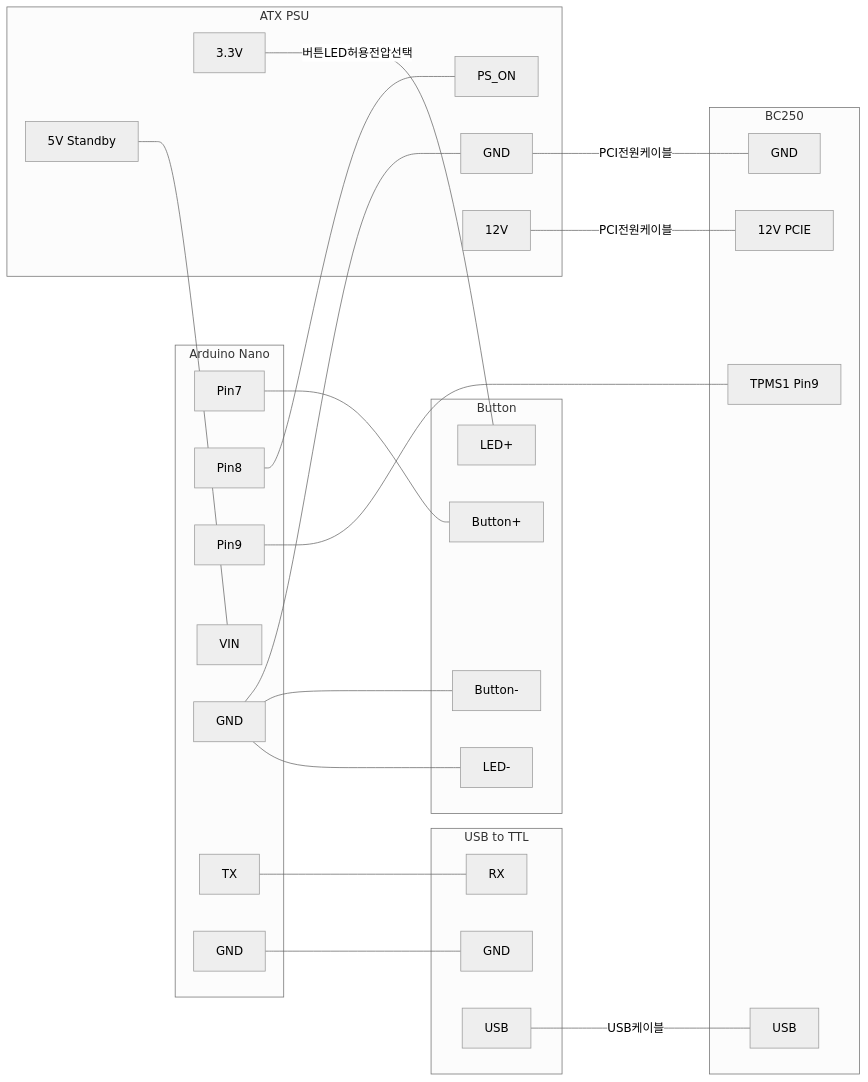
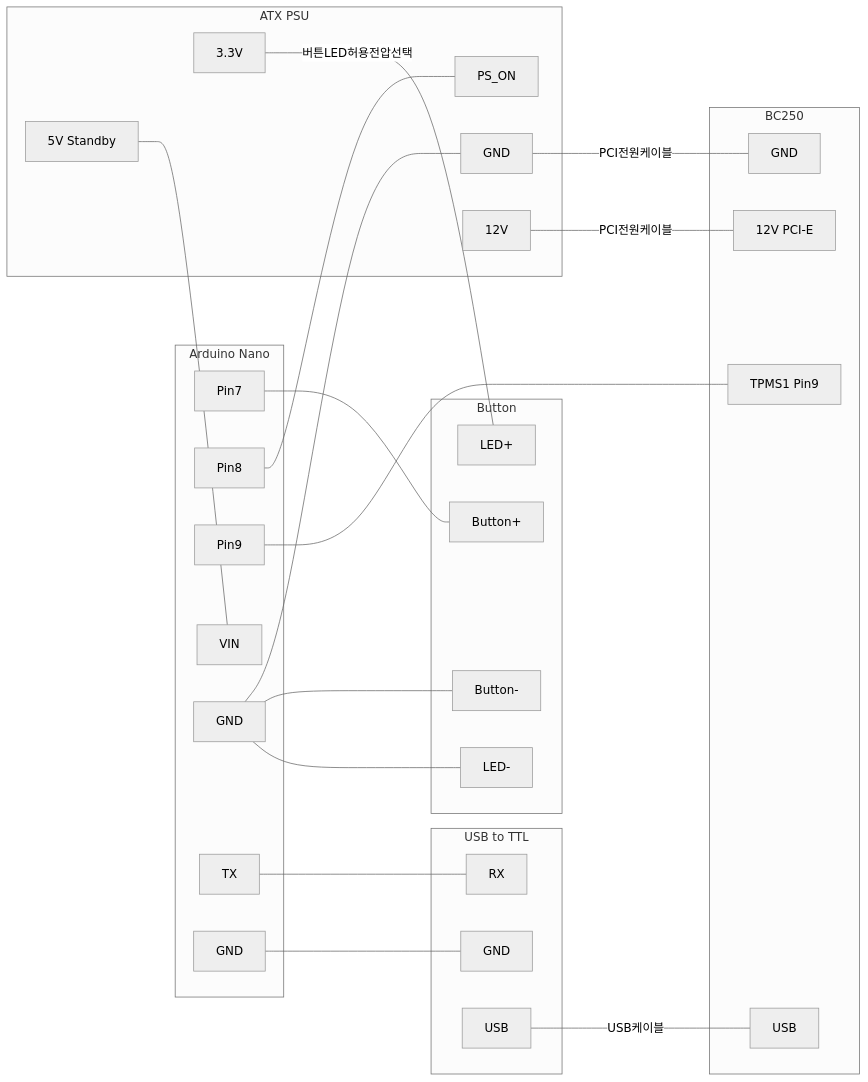
Before and after one commit to coolsolgit/BC250-ATX-PSU-Control: the second of 2 diagrams in README.md, drawn with Mermaid (neutral theme).

Commit message:
Fix typo in README for PCI-E label

````diff
--- a/README.md
+++ b/README.md
@@ -52,49 +52,49 @@
 ```mermaid
 flowchart LR
   subgraph Arduino Nano
     P7[Pin7]
     P8[Pin8]
     P9[Pin9]
     VIN[VIN]
     AGND[GND]
     TX[TX]
     ATGND[GND]
   end
   subgraph BC250
     TPMS[TPMS1 Pin9]
     BUSB[USB]
-    PCIE[12V PCIE]
+    PCIE[12V PCI-E]
     BGND[GND]
   end
   subgraph USB to TTL
     RX[RX]
     UGND[GND]
     UUSB[USB]
   end
   subgraph ATX PSU
     5V[5V Standby]
     3.3V[3.3V]
     PS_ON[PS_ON]
     PGND[GND]
     12V[12V]
   end
   subgraph Button
     BTN1[Button+]
     BTN2[Button-]
     LED1[LED+]
     LED2[LED-]
   end
   UUSB ---|USB케이블| BUSB
   TX --- RX
   P7 --- BTN1
   P8 --- PS_ON
   P9 --- TPMS
   AGND --- PGND
   AGND --- BTN2
   AGND --- LED2
   ATGND --- UGND
   3.3V ---|버튼LED허용전압선택| LED1
   5V --- VIN
   12V ---|PCI전원케이블| PCIE
   PGND ----|PCI전원케이블| BGND
 ```
````
